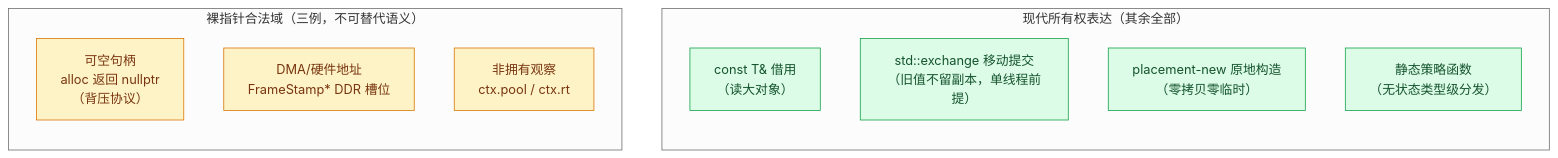
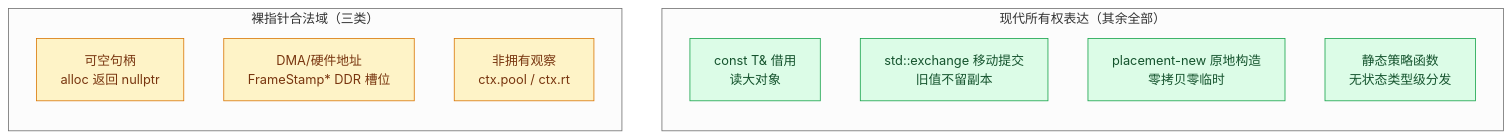
The third of 4 diagrams in docs/blogs/10-isp-pipeline-cpp17-discipline-and-pointer-governance.md (DeguiLiu/coact), drawn with Mermaid (neutral theme) before and after one commit. The commit also changed other lines of this file and 5 other files, not shown here.

````diff
--- a/docs/blogs/10-isp-pipeline-cpp17-discipline-and-pointer-governance.md
+++ b/docs/blogs/10-isp-pipeline-cpp17-discipline-and-pointer-governance.md
@@ -121,17 +145,17 @@
 ```mermaid
 flowchart LR
-    subgraph RAW["裸指针合法域（三例，不可替代语义）"]
-        N1["可空句柄<br/>alloc 返回 nullptr<br/>（背压协议）"]:::ptr
+    subgraph RAW["裸指针合法域（三类）"]
+        N1["可空句柄<br/>alloc 返回 nullptr"]:::ptr
         N2["DMA/硬件地址<br/>FrameStamp* DDR 槽位"]:::ptr
         N3["非拥有观察<br/>ctx.pool / ctx.rt"]:::ptr
     end
     subgraph MODERN["现代所有权表达（其余全部）"]
-        M1["const T& 借用<br/>（读大对象）"]:::ref
-        M2["std::exchange 移动提交<br/>（旧值不留副本，单线程前提）"]:::ref
-        M3["placement-new 原地构造<br/>（零拷贝零临时）"]:::ref
-        M4["静态策略函数<br/>（无状态类型级分发）"]:::ref
+        M1["const T& 借用<br/>读大对象"]:::ref
+        M2["std::exchange 移动提交<br/>旧值不留副本"]:::ref
+        M3["placement-new 原地构造<br/>零拷贝零临时"]:::ref
+        M4["静态策略函数<br/>无状态类型级分发"]:::ref
     end
     RAW ~~~ MODERN
     classDef ptr fill:#fef3c7,stroke:#d97706,color:#78350f
     classDef ref fill:#dcfce7,stroke:#16a34a,color:#14532d
 ```
````
